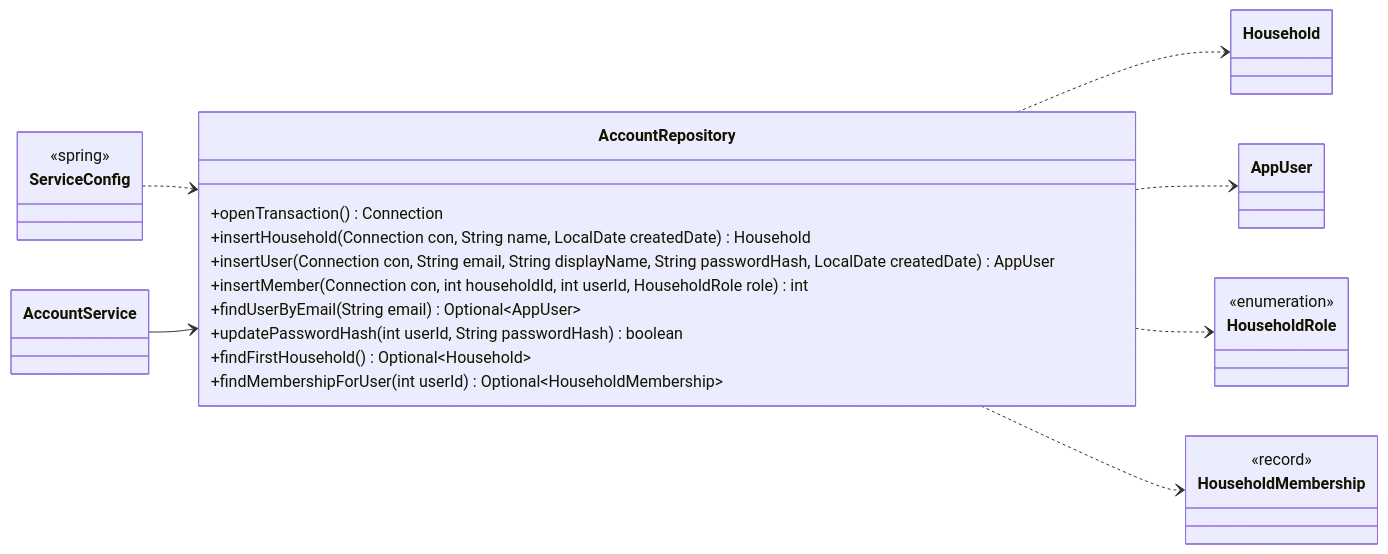
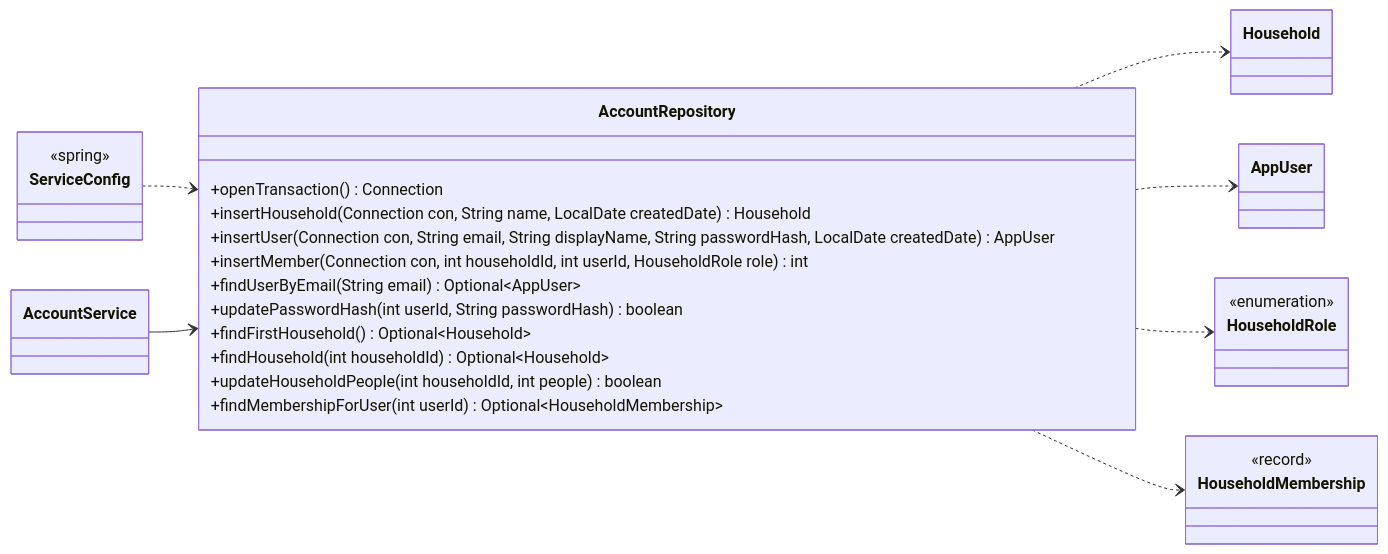
One commit to Nate-ryan-7690/dahaem changed the second of 9 diagrams in docs/classes/auth.md. Above: the diagram before and after it, drawn with Mermaid. The commit also changed other lines of this file and 4 other files, not shown here.

````diff
--- a/docs/classes/auth.md
+++ b/docs/classes/auth.md
@@ -65,32 +66,34 @@
 ```mermaid
 classDiagram
     direction LR
     class auth_AccountRepository["AccountRepository"] {
         +openTransaction() Connection
         +insertHousehold(Connection con, String name, LocalDate createdDate) Household
         +insertUser(Connection con, String email, String displayName, String passwordHash, LocalDate createdDate) AppUser
         +insertMember(Connection con, int householdId, int userId, HouseholdRole role) int
         +findUserByEmail(String email) Optional~AppUser~
         +updatePasswordHash(int userId, String passwordHash) boolean
         +findFirstHousehold() Optional~Household~
+        +findHousehold(int householdId) Optional~Household~
+        +updateHouseholdPeople(int householdId, int people) boolean
         +findMembershipForUser(int userId) Optional~HouseholdMembership~
     }
     class auth_AccountService["AccountService"]
     class auth_Household["Household"]
     class auth_AppUser["AppUser"]
     class auth_HouseholdRole["HouseholdRole"] {
         <<enumeration>>
     }
     class auth_HouseholdMembership["HouseholdMembership"] {
         <<record>>
     }
     class api_ServiceConfig["ServiceConfig"] {
         <<spring>>
     }
     auth_AccountRepository ..> auth_Household
     auth_AccountRepository ..> auth_AppUser
     auth_AccountRepository ..> auth_HouseholdRole
     auth_AccountRepository ..> auth_HouseholdMembership
     api_ServiceConfig ..> auth_AccountRepository
     auth_AccountService --> auth_AccountRepository
 ```
````
